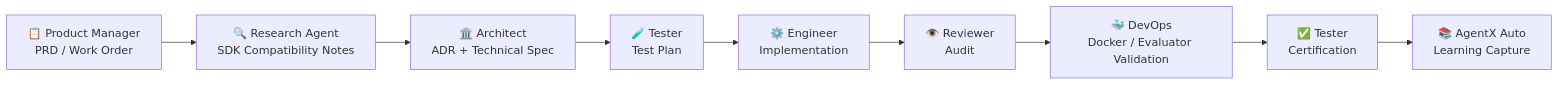
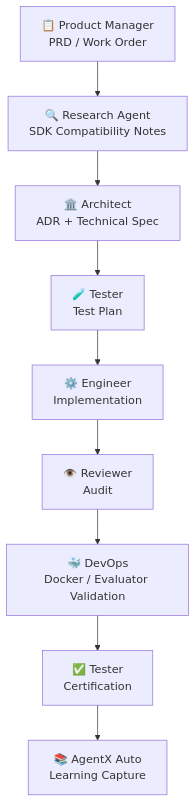
One commit to dsmith111/agentx-copilot-comparison changed the first of 2 diagrams in README.md. Above: the diagram before and after it, drawn with Mermaid. The commit also changed 5 other files, not shown here.

First line of the commit message:
Fix Mermaid workflow chart orientation to vertical

````diff
--- a/README.md
+++ b/README.md
@@ -185,11 +185,11 @@
 ```mermaid
-flowchart LR
+flowchart TD
     PM["📋 Product Manager\nPRD / Work Order"] --> R["🔍 Research Agent\nSDK Compatibility Notes"]
     R --> A["🏛️ Architect\nADR + Technical Spec"]
     A --> TesterPlan["🧪 Tester\nTest Plan"]
     TesterPlan --> E["⚙️ Engineer\nImplementation"]
     E --> Rev["👁️ Reviewer\nAudit"]
     Rev --> D["🐳 DevOps\nDocker / Evaluator Validation"]
     D --> TesterCert["✅ Tester\nCertification"]
     TesterCert --> Learn["📚 AgentX Auto\nLearning Capture"]
 ```
````
